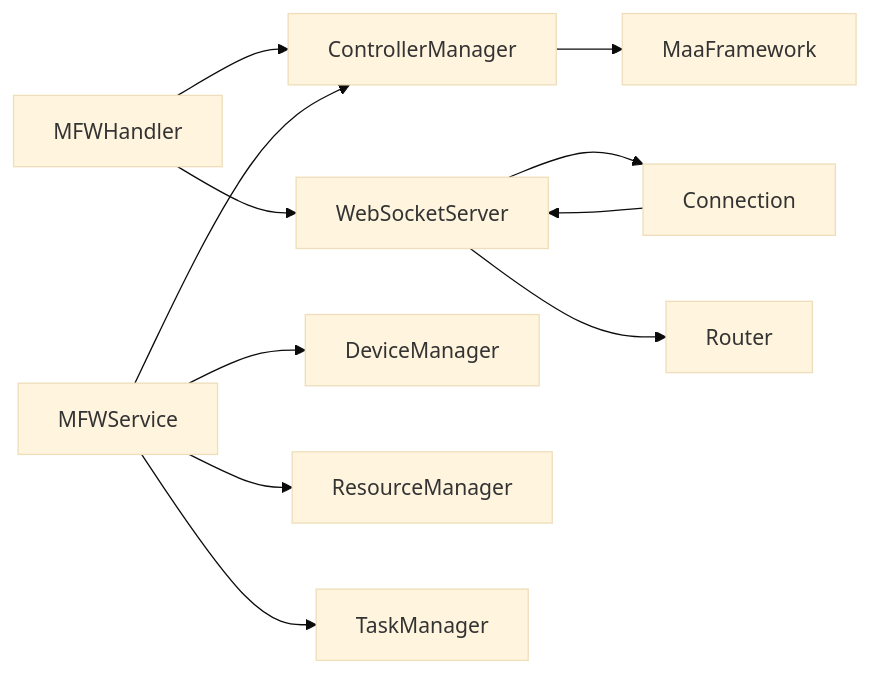
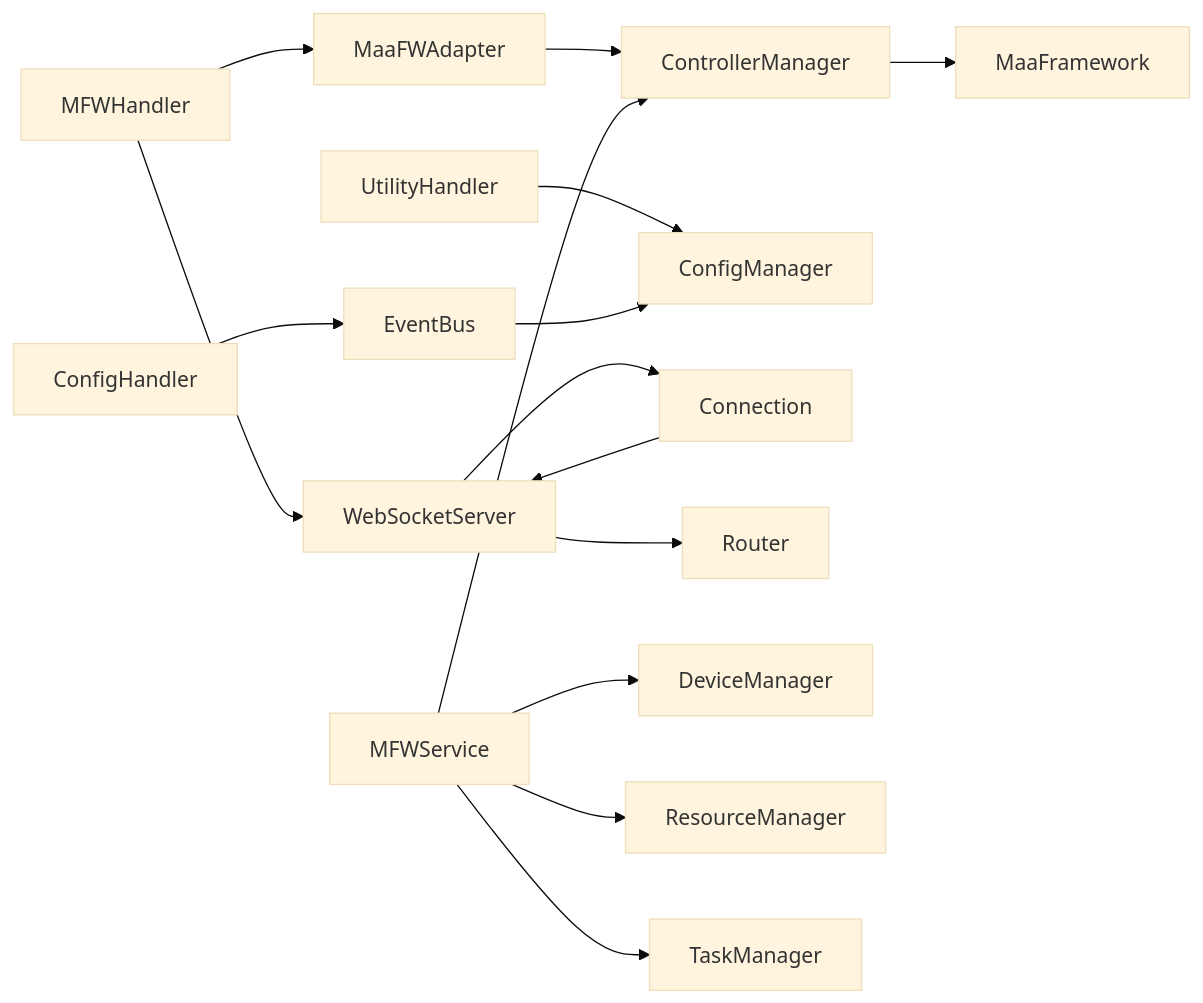
The third of 3 diagrams in .qoder/repowiki/zh/content/开发者指南/LocalBridge 通信协议.md (kqcoxn/MaaPipelineEditor), drawn with Mermaid (base theme) before and after one commit. The commit also changed other lines of this file and 23 other files, not shown here.

````diff
--- a/.qoder/repowiki/zh/content/开发者指南/LocalBridge 通信协议.md
+++ b/.qoder/repowiki/zh/content/开发者指南/LocalBridge 通信协议.md
@@ -268,13 +435,17 @@
 ```mermaid
 graph LR
-MFWH["MFWHandler"] --> CM["ControllerManager"]
+MFWH["MFWHandler"] --> ADP["MaaFWAdapter"]
+ADP --> CM["ControllerManager"]
 MFWH --> WS["WebSocketServer"]
+UTH["UtilityHandler"] --> CFG["ConfigManager"]
+CFGH["ConfigHandler"] --> EB["EventBus"]
+EB --> CFG
 CM --> MF["MaaFramework"]
 WS --> CONN["Connection"]
 WS --> RT["Router"]
 CONN --> WS
 MS["MFWService"] --> CM
 MS --> DM["DeviceManager"]
 MS --> RM["ResourceManager"]
 MS --> TM["TaskManager"]
 ```
````
